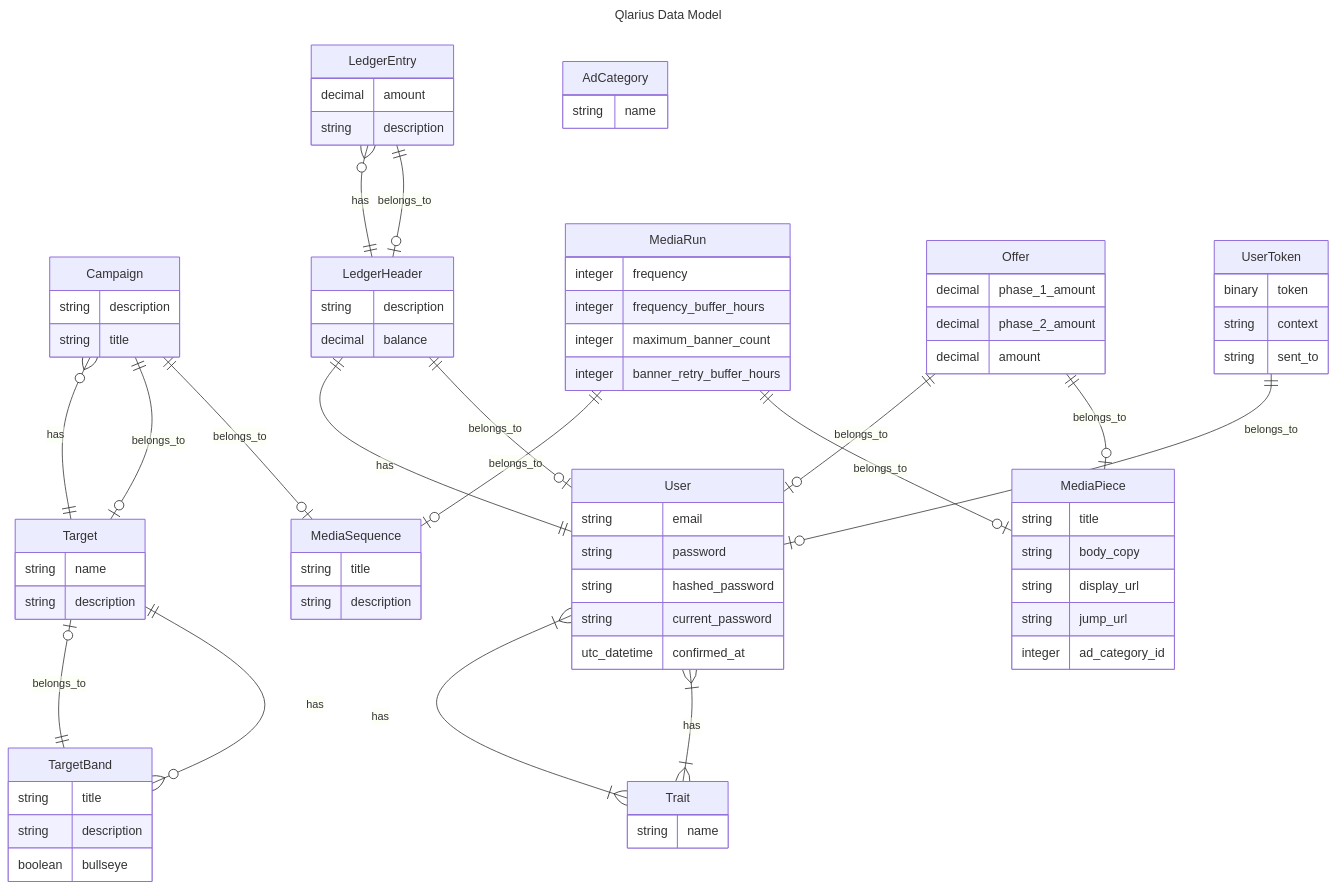
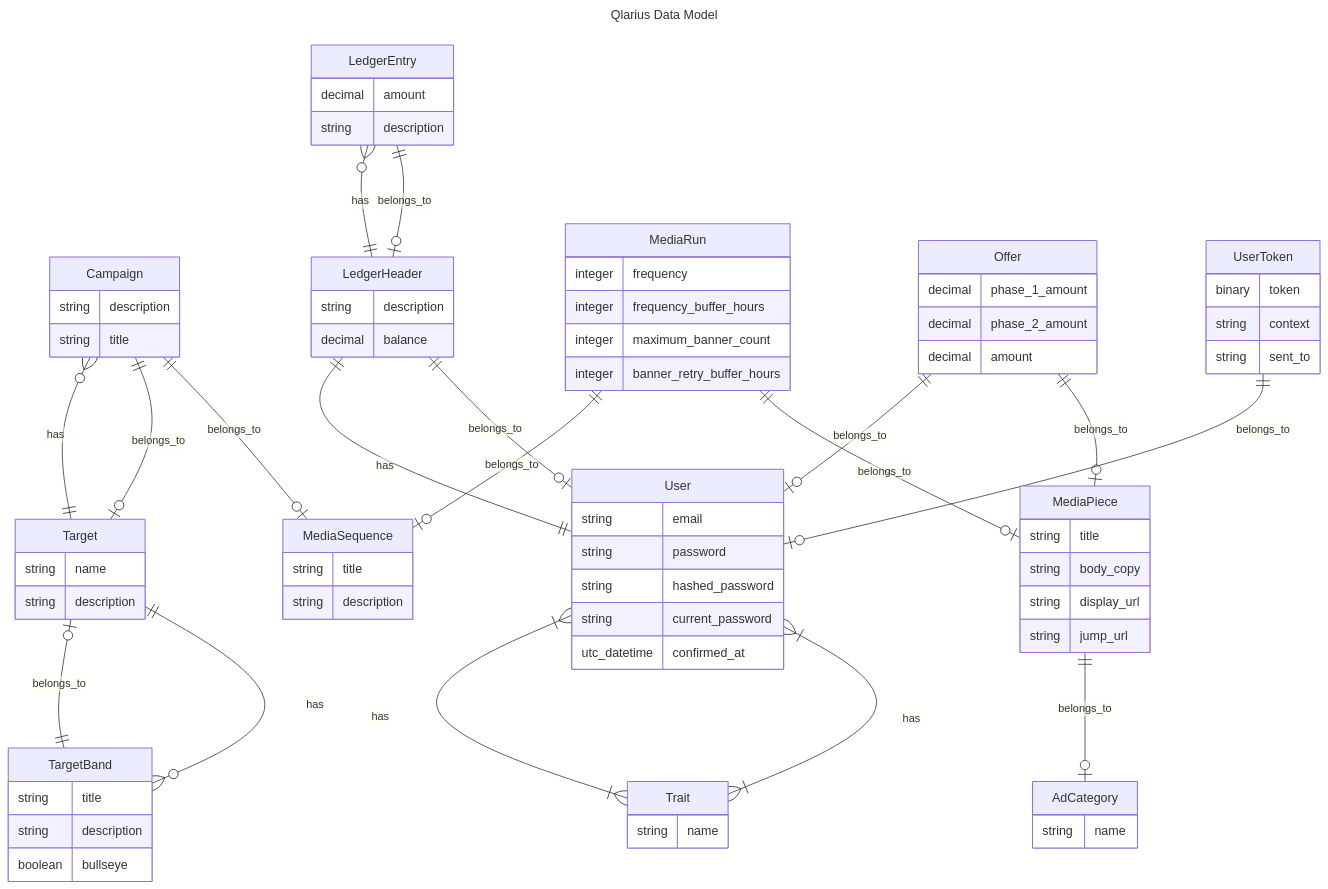
The diagram in docs/data_model.mmd (Qlarius/qlarius), drawn with Mermaid before and after one commit.

Commit message:
update data model

```diff
--- a/docs/data_model.mmd
+++ b/docs/data_model.mmd
@@ -1,94 +1,94 @@
 ---
 title: Qlarius Data Model
 ---
 erDiagram
     Campaign ||--o| MediaSequence : belongs_to
     Campaign ||--o| Target : belongs_to
     LedgerEntry ||--o| LedgerHeader : belongs_to
     LedgerHeader ||--o{ LedgerEntry : has
     LedgerHeader ||--o| User : belongs_to
+    MediaPiece ||--o| AdCategory : belongs_to
     MediaRun ||--o| MediaPiece : belongs_to
     MediaRun ||--o| MediaSequence : belongs_to
     Offer ||--o| MediaPiece : belongs_to
     Offer ||--o| User : belongs_to
     Target ||--o{ Campaign : has
     Target ||--o{ TargetBand : has
     TargetBand ||--o| Target : belongs_to
     Trait }|--|{ User : has
     User ||--|| LedgerHeader : has
     User }|--|{ Trait : has
     UserToken ||--o| User : belongs_to
 
     Trait {
         string name
     }
 
     Offer {
         decimal phase_1_amount
         decimal phase_2_amount
         decimal amount
     }
 
     User {
         string email
         string password
         string hashed_password
         string current_password
         utc_datetime confirmed_at
     }
 
     UserToken {
         binary token
         string context
         string sent_to
     }
 
     MediaSequence {
         string title
         string description
     }
 
     MediaRun {
         integer frequency
         integer frequency_buffer_hours
         integer maximum_banner_count
         integer banner_retry_buffer_hours
     }
 
     MediaPiece {
         string title
         string body_copy
         string display_url
         string jump_url
-        integer ad_category_id
     }
 
     LedgerEntry {
         decimal amount
         string description
     }
 
     AdCategory {
         string name
     }
 
     TargetBand {
         string title
         string description
         boolean bullseye
     }
 
     Campaign {
         string description
         string title
     }
 
     Target {
         string name
         string description
     }
 
     LedgerHeader {
         string description
         decimal balance
     }
```
